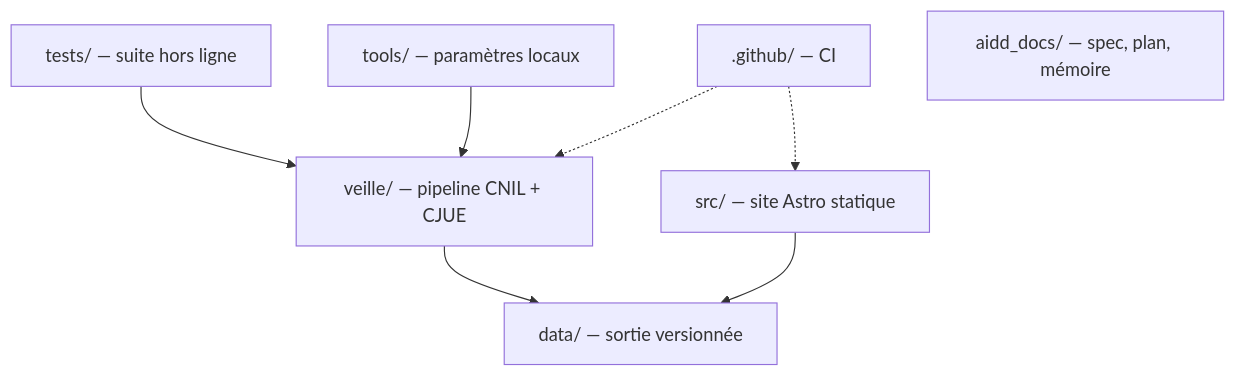
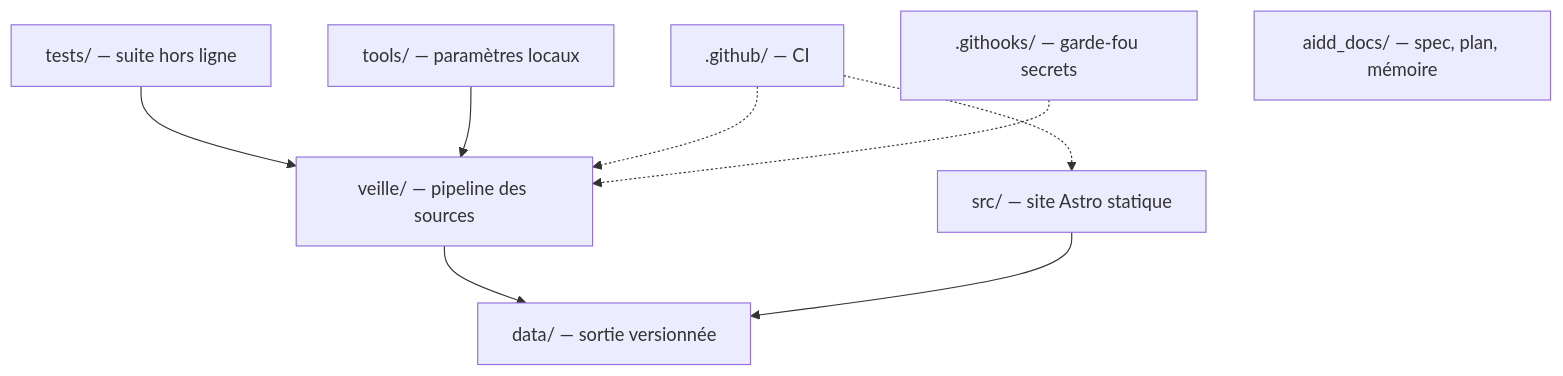
One commit to Beccariavf/vitrine changed the diagram in aidd_docs/memory/codebase-map.md. Above: the diagram before and after it, drawn with Mermaid. The commit also changed other lines of this file and 4 other files, not shown here.

First line of the commit message:
docs(memory): refléter le garde-fou secrets et les pages enrichies

````diff
--- a/aidd_docs/memory/codebase-map.md
+++ b/aidd_docs/memory/codebase-map.md
@@ -5,10 +5,11 @@
 ```mermaid
 flowchart TD
-    CLI["veille/ — pipeline CNIL + CJUE"] --> DATA["data/ — sortie versionnée"]
+    CLI["veille/ — pipeline des sources"] --> DATA["data/ — sortie versionnée"]
     TESTS["tests/ — suite hors ligne"] --> CLI
     SRC["src/ — site Astro statique"] --> DATA
     TOOLS["tools/ — paramètres locaux"] --> CLI
     CI[".github/ — CI"] -.-> CLI
     CI -.-> SRC
+    HOOKS[".githooks/ — garde-fou secrets"] -.-> CLI
     DOCS["aidd_docs/ — spec, plan, mémoire"]
 ```
````
